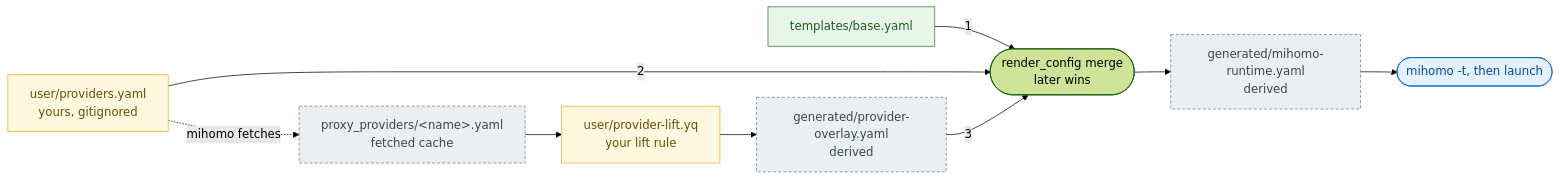
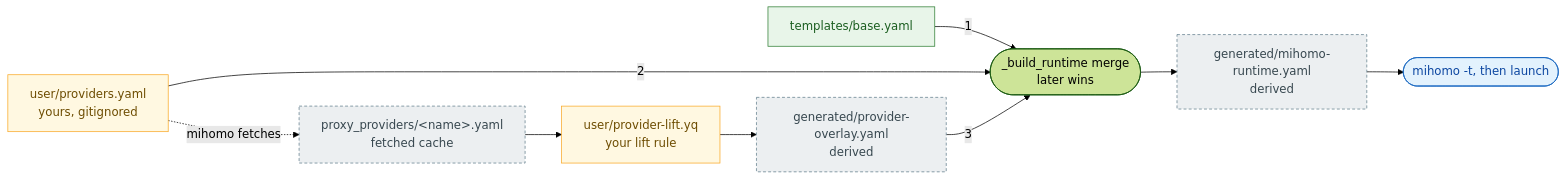
The diagram in mihomo/.config/mihomo/README.md (GentleTomZerg/.dotfiles), drawn with Mermaid (forest theme) before and after one commit. The commit also changed other lines of this file and 4 other files, not shown here.

````diff
--- a/mihomo/.config/mihomo/README.md
+++ b/mihomo/.config/mihomo/README.md
@@ -9,22 +9,22 @@
 ```mermaid
 flowchart LR
   classDef committed fill:#e8f5e9,stroke:#2e7d32,color:#1b5e20
   classDef yours fill:#fff8e1,stroke:#f9a825,color:#6d4c00
   classDef derived fill:#eceff1,stroke:#607d8b,color:#37474f,stroke-dasharray:4 3
   classDef run fill:#e3f2fd,stroke:#1565c0,color:#0d47a1
 
   base["templates/base.yaml"]:::committed
   providers["user/providers.yaml<br/>yours, gitignored"]:::yours
   overlay["generated/provider-overlay.yaml<br/>derived"]:::derived
-  merge(["render_config merge<br/>later wins"])
+  merge(["_build_runtime merge<br/>later wins"])
   runtime["generated/mihomo-runtime.yaml<br/>derived"]:::derived
   run(["mihomo -t, then launch"]):::run
   cache["proxy_providers/&lt;name&gt;.yaml<br/>fetched cache"]:::derived
   rule["user/provider-lift.yq<br/>your lift rule"]:::yours
 
   base -->|1| merge
   providers -->|2| merge
   overlay -->|3| merge
   merge --> runtime --> run
   providers -.->|"mihomo fetches"| cache --> rule --> overlay
 ```
````
